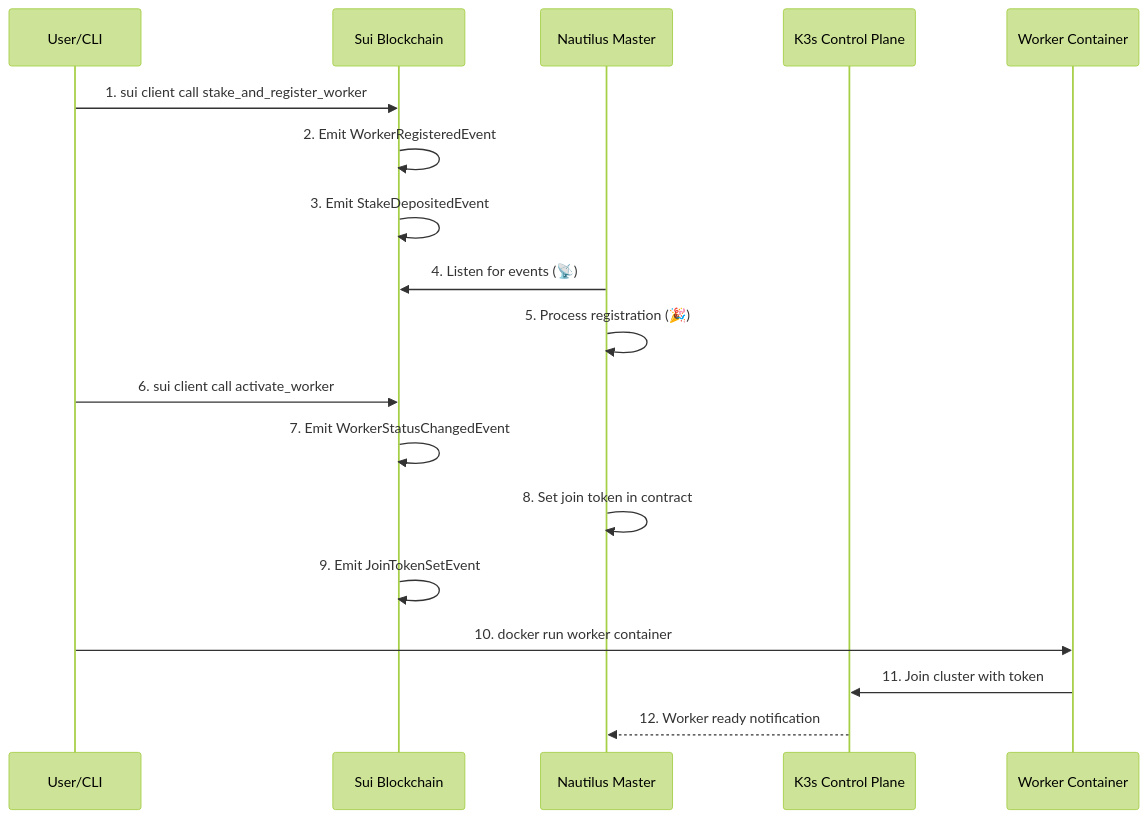
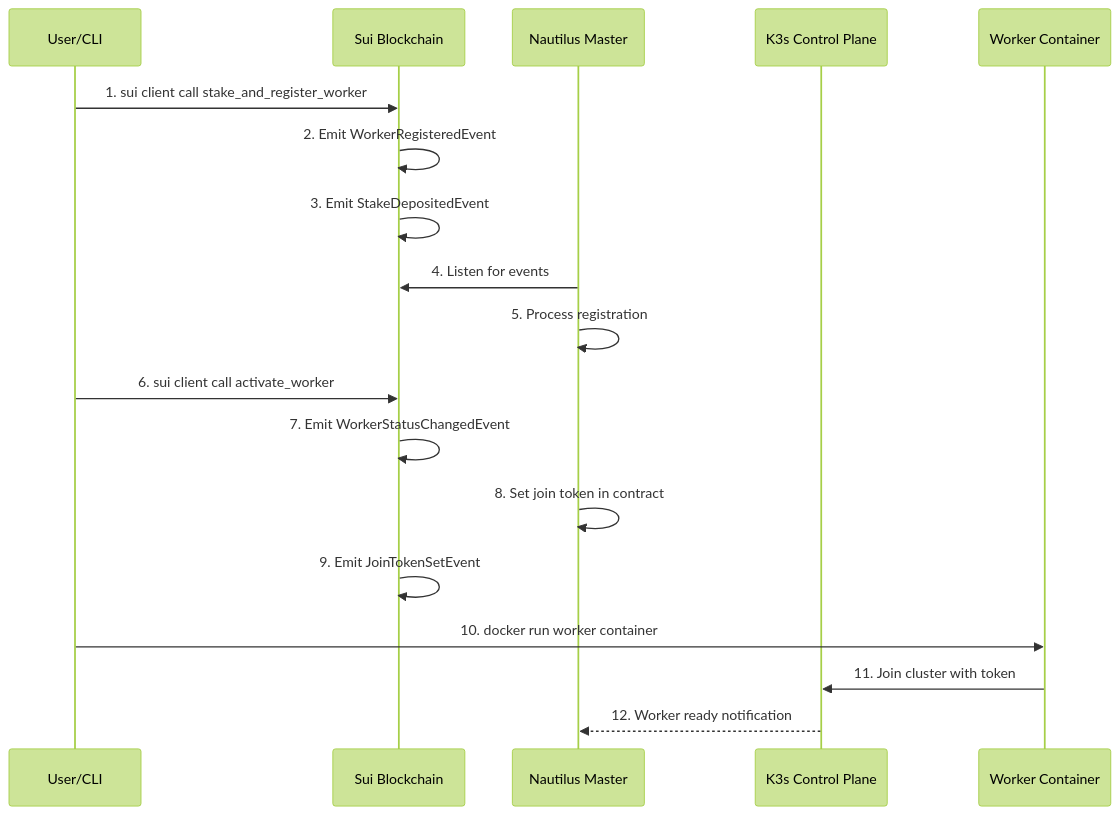
One commit to DAAS-Vader/kube-contract changed the first of 6 diagrams in K3S_DAAS_COMPLETE_TECHNICAL_DOCUMENTATION.md. Above: the diagram before and after it, drawn with Mermaid (forest theme).

````diff
--- a/K3S_DAAS_COMPLETE_TECHNICAL_DOCUMENTATION.md
+++ b/K3S_DAAS_COMPLETE_TECHNICAL_DOCUMENTATION.md
@@ -166,21 +166,21 @@
 ```mermaid
 sequenceDiagram
     participant U as User/CLI
     participant B as Sui Blockchain
     participant N as Nautilus Master
     participant K as K3s Control Plane
     participant W as Worker Container
 
     U->>B: 1. sui client call stake_and_register_worker
     B->>B: 2. Emit WorkerRegisteredEvent
     B->>B: 3. Emit StakeDepositedEvent
-    N->>B: 4. Listen for events (📡)
-    N->>N: 5. Process registration (🎉)
+    N->>B: 4. Listen for events 
+    N->>N: 5. Process registration 
     U->>B: 6. sui client call activate_worker
     B->>B: 7. Emit WorkerStatusChangedEvent
     N->>N: 8. Set join token in contract
     B->>B: 9. Emit JoinTokenSetEvent
     U->>W: 10. docker run worker container
     W->>K: 11. Join cluster with token
     K-->>N: 12. Worker ready notification
 ```
````
